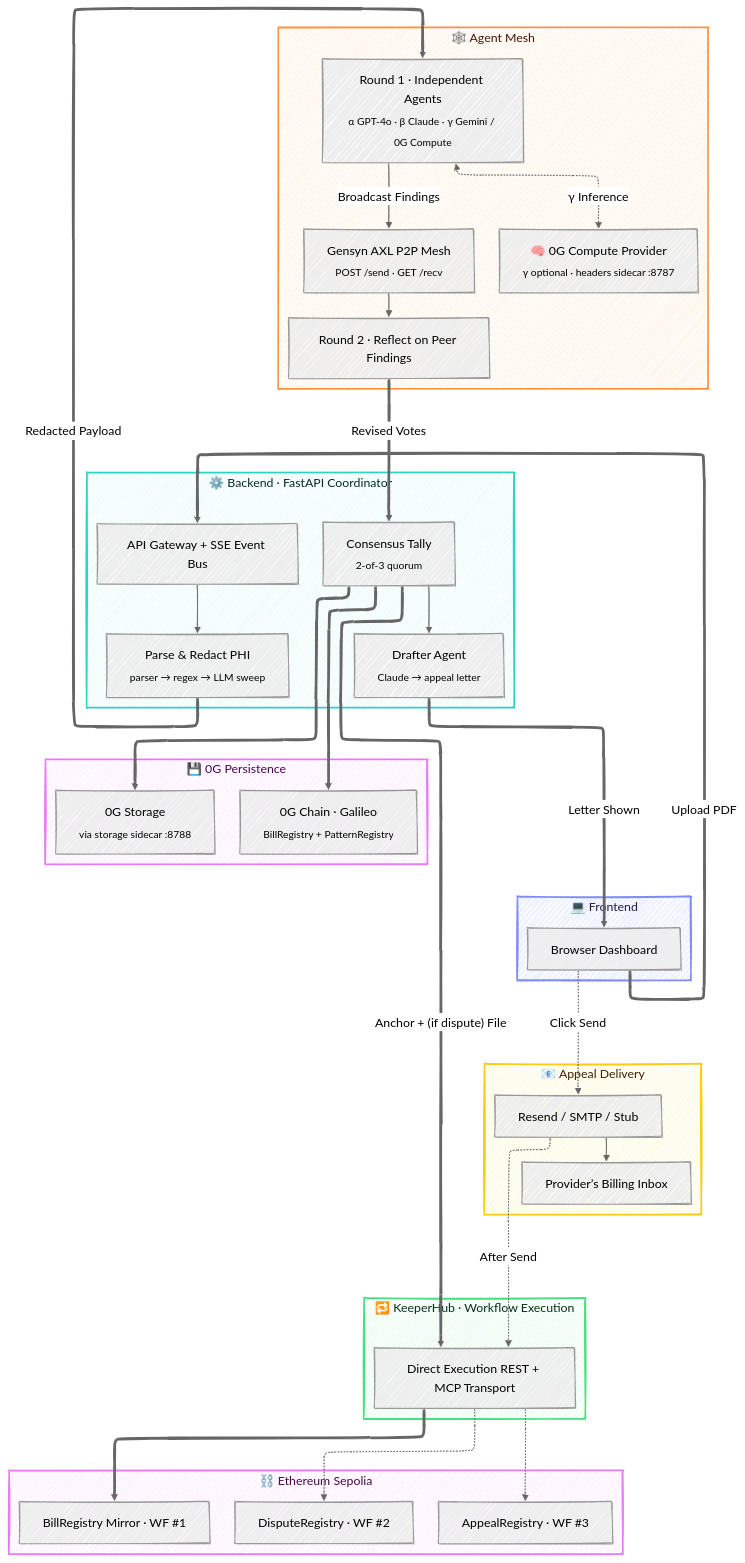
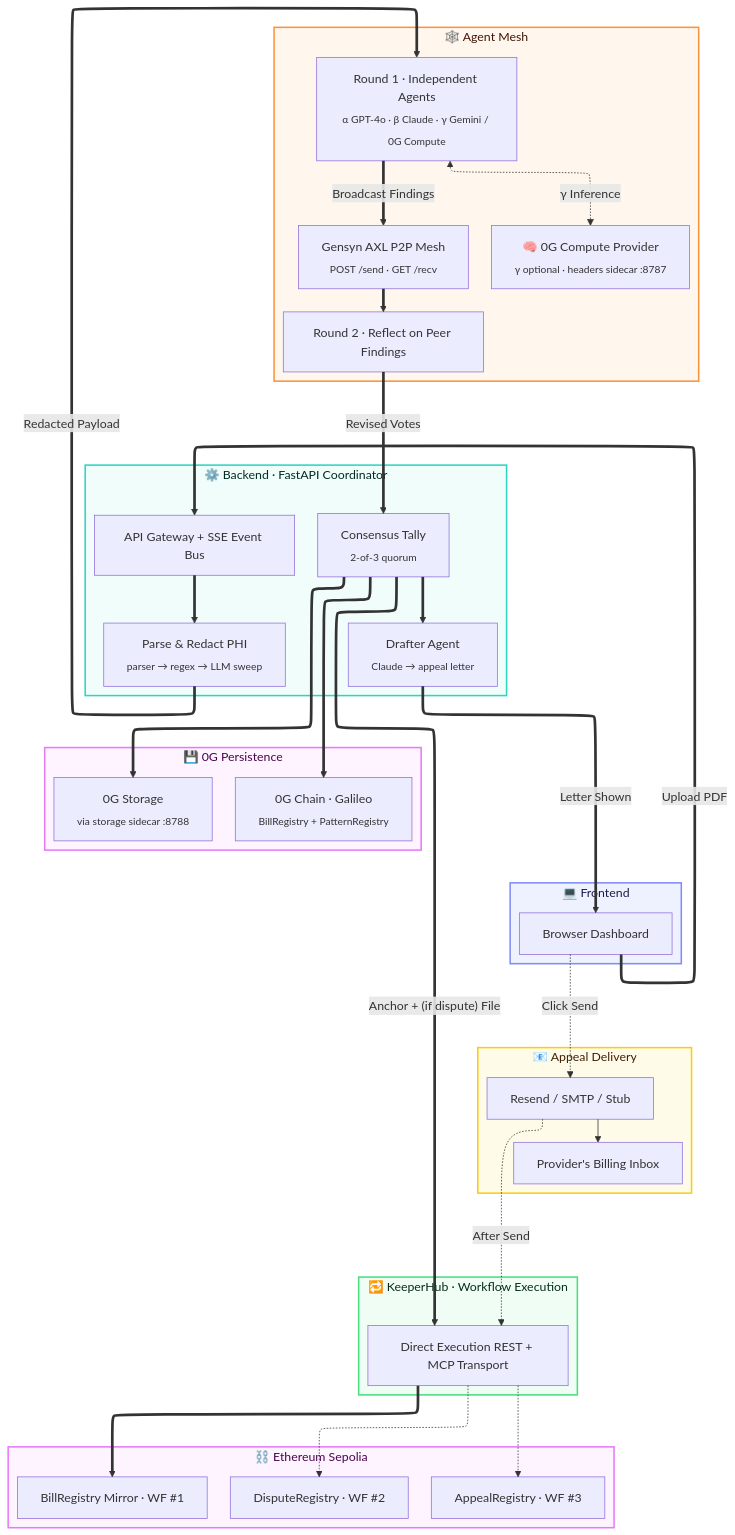
The diagram in README.md (jhatch3/lethe-), drawn with Mermaid before and after one commit. The commit also changed other lines of this file, not shown here.

Commit message:
diagramsssssssss

```diff
--- a/README.md
+++ b/README.md
@@ -99,12 +99,6 @@
 ---
 config:
   layout: elk
-  look: handDrawn
-  theme: neutral
-  flowchart:
-    curve: basis
-    nodeSpacing: 40
-    rankSpacing: 60
 ---
 flowchart TB
     %% === Subgraph: Frontend ===
@@ -154,34 +148,32 @@
     subgraph Mail["📧 Appeal Delivery"]
         direction TB
         Email["Resend / SMTP / Stub"]
-        Provider@{ label: "Provider’s Billing Inbox", shape: rect }
+        Provider@{ label: "Provider's Billing Inbox", shape: rect }
     end
 
-    %% === Relationships ===
-    User == Upload PDF ==> API
-    API --> Parse
-    Parse == Redacted Payload ==> Round1
-    Round1 -- Broadcast Findings --> AXL
-    AXL --> Round2
-    Round1 <-. γ Inference .-> ZGC
-    Round2 == Revised Votes ==> Tally
-    Tally --> Drafter
-    Drafter == Letter Shown ==> User
+    %% === Main pipeline (single chain along the spine) ===
+    User ==>|Upload PDF| API ==> Parse ==>|Redacted Payload| Round1
+    Round1 ==>|Broadcast Findings| AXL ==> Round2 ==>|Revised Votes| Tally
+    Tally ==> Drafter ==>|Letter Shown| User
+
+    %% === γ optional decentralized inference ===
+    Round1 <-.->|γ Inference| ZGC
+
+    %% === Persistence fan-out from Tally ===
     Tally ==> ZGChain & ZGStorage
-    Tally == Anchor + (if dispute) File ==> KH
-    KH ==> SepMirror
+    Tally ==>|"Anchor + (if dispute) File"| KH ==> SepMirror
     KH -.-> SepDispute & SepAppeal
-    User -. Click Send .-> Email
-    Email --> Provider
-    Email -. After Send .-> KH
+
+    %% === User-initiated appeal send ===
+    User -.->|Click Send| Email --> Provider
+    Email -.->|After Send| KH
 
     %% === Styling ===
     class FE tierFE
     class BE tierBE
     class Mesh tierMesh
-    class Persist tierChain
+    class Persist,Sep tierChain
     class Exec tierExec
-    class Sep tierChain
     class Mail tierMail
 
     classDef tierFE      fill:#eef2ff,stroke:#818cf8,stroke-width:2px,color:#1e1b4b
```
